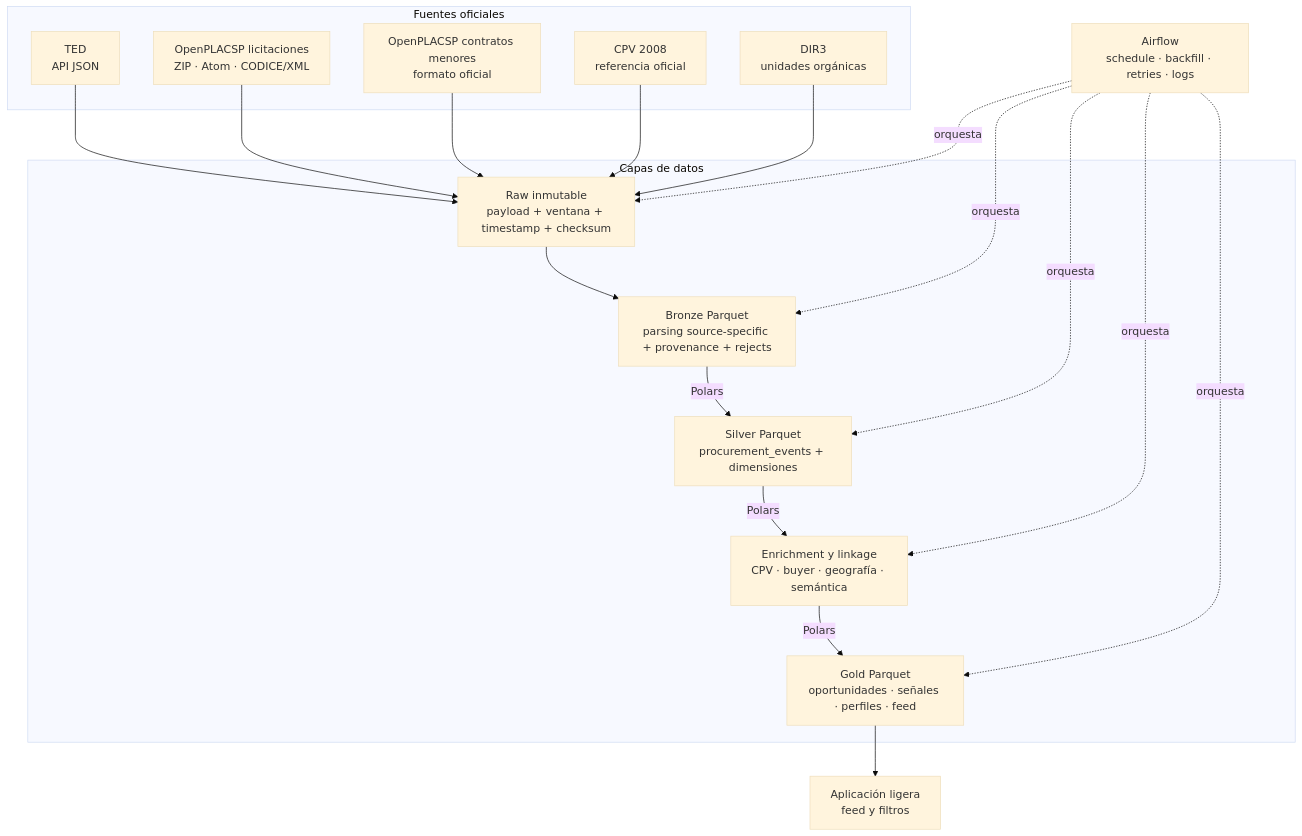
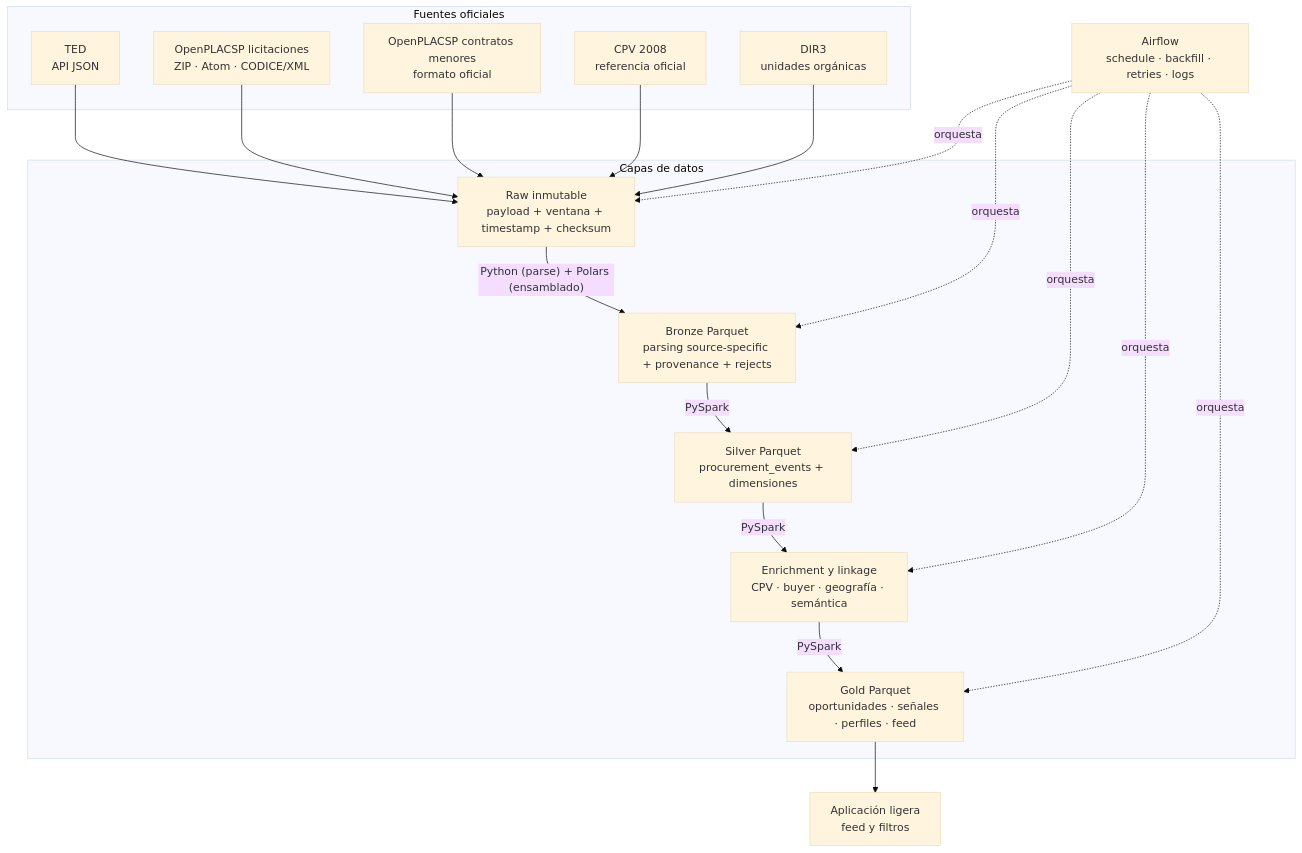
One commit to tomcrojo/tfm-licitaciones changed the second of 2 diagrams in docs/architecture.md. Above: the diagram before and after it, drawn with Mermaid (base theme). The commit also changed other lines of this file and 19 other files, not shown here.

First line of the commit message:
feat: assign real engines per stage (Polars tabular, PySpark canonical Silver)

````diff
--- a/docs/architecture.md
+++ b/docs/architecture.md
@@ -53,36 +60,36 @@
 ```mermaid
 flowchart TB
     subgraph SOURCES["Fuentes oficiales"]
         TED2["TED<br/>API JSON"]
         PLI["OpenPLACSP licitaciones<br/>ZIP · Atom · CODICE/XML"]
         PCM["OpenPLACSP contratos menores<br/>formato oficial"]
         CPV["CPV 2008<br/>referencia oficial"]
         DIR3["DIR3<br/>unidades orgánicas"]
     end
 
     subgraph DATA["Capas de datos"]
         RAW2["Raw inmutable<br/>payload + ventana + timestamp + checksum"]
         BRONZE2["Bronze Parquet<br/>parsing source-specific + provenance + rejects"]
         SILVER2["Silver Parquet<br/>procurement_events + dimensiones"]
         ENRICH["Enrichment y linkage<br/>CPV · buyer · geografía · semántica"]
         GOLD2["Gold Parquet<br/>oportunidades · señales · perfiles · feed"]
     end
 
     TED2 --> RAW2
     PLI --> RAW2
     PCM --> RAW2
     CPV --> RAW2
     DIR3 --> RAW2
-    RAW2 --> BRONZE2
-    BRONZE2 -->|"Polars"| SILVER2
-    SILVER2 -->|"Polars"| ENRICH
-    ENRICH -->|"Polars"| GOLD2
+    RAW2 -->|"Python (parse) + Polars (ensamblado)"| BRONZE2
+    BRONZE2 -->|"PySpark"| SILVER2
+    SILVER2 -->|"PySpark"| ENRICH
+    ENRICH -->|"PySpark"| GOLD2
 
     AIRFLOW["Airflow<br/>schedule · backfill · retries · logs"] -.->|orquesta| RAW2
     AIRFLOW -.->|orquesta| BRONZE2
     AIRFLOW -.->|orquesta| SILVER2
     AIRFLOW -.->|orquesta| ENRICH
     AIRFLOW -.->|orquesta| GOLD2
 
     GOLD2 --> APP["Aplicación ligera<br/>feed y filtros"]
 ```
````
